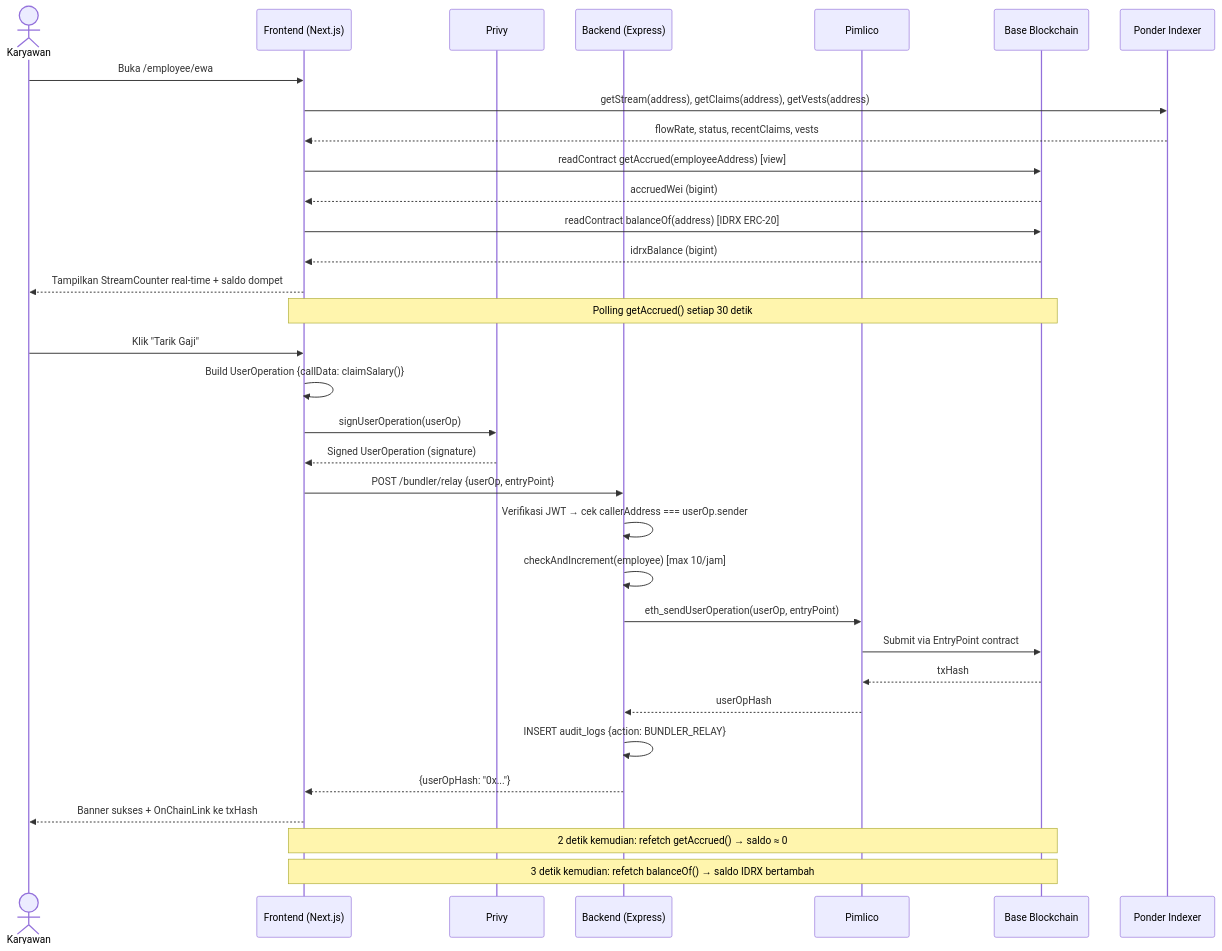
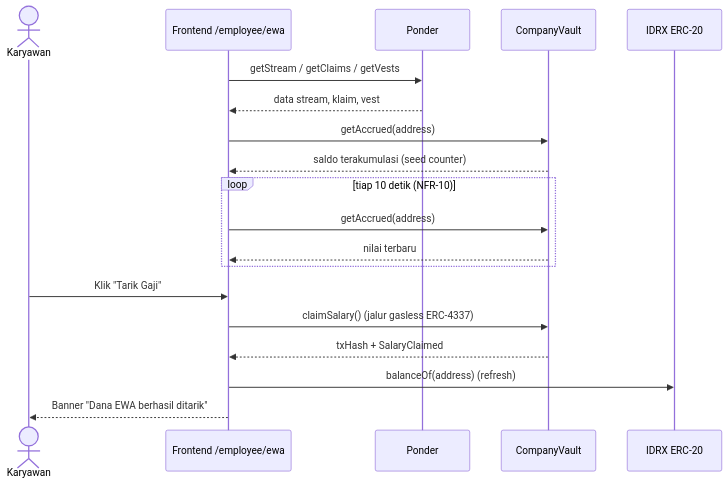
Before and after one commit to skripsi-payroll-dapp/docs: diagram 18 of 44 in docs/DPPL.md, drawn with Mermaid. The commit also changed other lines of this file and 4 other files, not shown here.

````diff
--- a/docs/DPPL.md
+++ b/docs/DPPL.md
@@ -1087,38 +857,21 @@
 ```mermaid
 sequenceDiagram
-    actor Karyawan
-    participant FE as Frontend (Next.js)
-    participant Privy
-    participant BE as Backend (Express)
-    participant Pimlico
-    participant Base as Base Blockchain
-    participant Ponder as Ponder Indexer
-
-    Karyawan->>FE: Buka /employee/ewa
-    FE->>Ponder: getStream(address), getClaims(address), getVests(address)
-    Ponder-->>FE: flowRate, status, recentClaims, vests
-    FE->>Base: readContract getAccrued(employeeAddress) [view]
-    Base-->>FE: accruedWei (bigint)
-    FE->>Base: readContract balanceOf(address) [IDRX ERC-20]
-    Base-->>FE: idrxBalance (bigint)
-    FE-->>Karyawan: Tampilkan StreamCounter real-time + saldo dompet
-
-    Note over FE,Base: Polling getAccrued() setiap 30 detik
-
-    Karyawan->>FE: Klik "Tarik Gaji"
-    FE->>FE: Build UserOperation {callData: claimSalary()}
-    FE->>Privy: signUserOperation(userOp)
-    Privy-->>FE: Signed UserOperation (signature)
-    FE->>BE: POST /bundler/relay {userOp, entryPoint}
-    BE->>BE: Verifikasi JWT → cek callerAddress === userOp.sender
-    BE->>BE: checkAndIncrement(employee) [max 10/jam]
-    BE->>Pimlico: eth_sendUserOperation(userOp, entryPoint)
-    Pimlico->>Base: Submit via EntryPoint contract
-    Base-->>Pimlico: txHash
-    Pimlico-->>BE: userOpHash
-    BE->>BE: INSERT audit_logs {action: BUNDLER_RELAY}
-    BE-->>FE: {userOpHash: "0x..."}
-    FE-->>Karyawan: Banner sukses + OnChainLink ke txHash
-    Note over FE,Base: 2 detik kemudian: refetch getAccrued() → saldo ≈ 0
-    Note over FE,Base: 3 detik kemudian: refetch balanceOf() → saldo IDRX bertambah
+    actor E as Karyawan
+    participant FE as Frontend /employee/ewa
+    participant PO as Ponder
+    participant V as CompanyVault
+    participant IDRX as IDRX ERC-20
+    FE->>PO: getStream / getClaims / getVests
+    PO-->>FE: data stream, klaim, vest
+    FE->>V: getAccrued(address)
+    V-->>FE: saldo terakumulasi (seed counter)
+    loop tiap 10 detik (NFR-10)
+        FE->>V: getAccrued(address)
+        V-->>FE: nilai terbaru
+    end
+    E->>FE: Klik "Tarik Gaji"
+    FE->>V: claimSalary() (jalur gasless ERC-4337)
+    V-->>FE: txHash + SalaryClaimed
+    FE->>IDRX: balanceOf(address) (refresh)
+    FE-->>E: Banner "Dana EWA berhasil ditarik"
 ```
````
